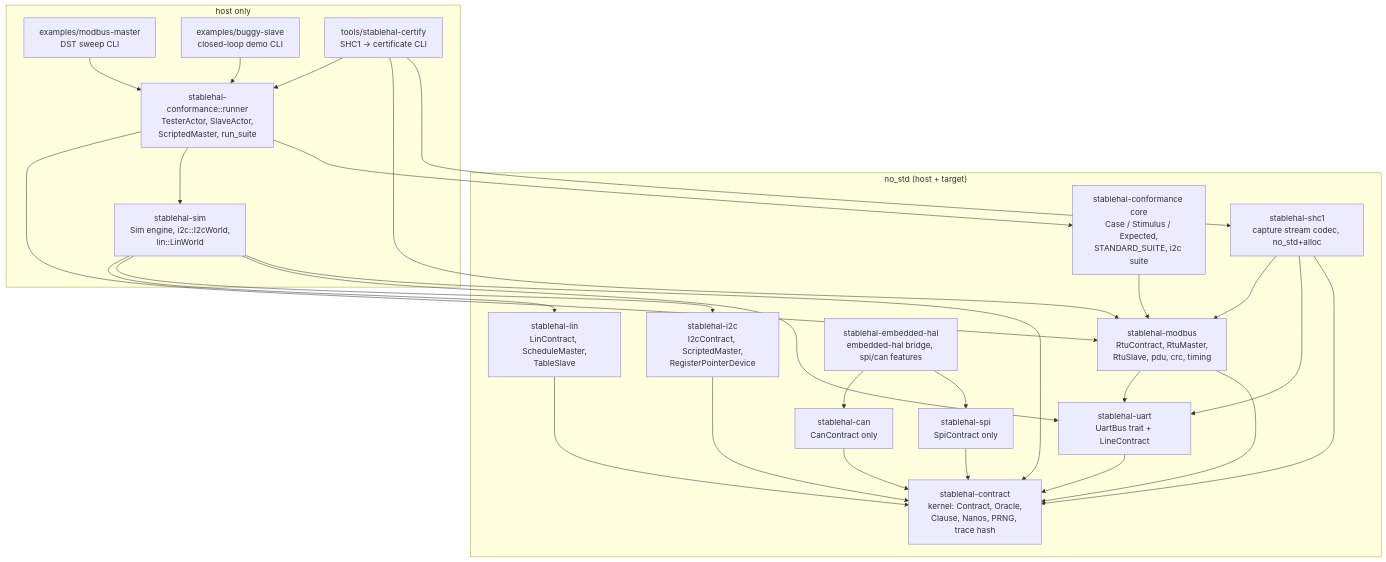
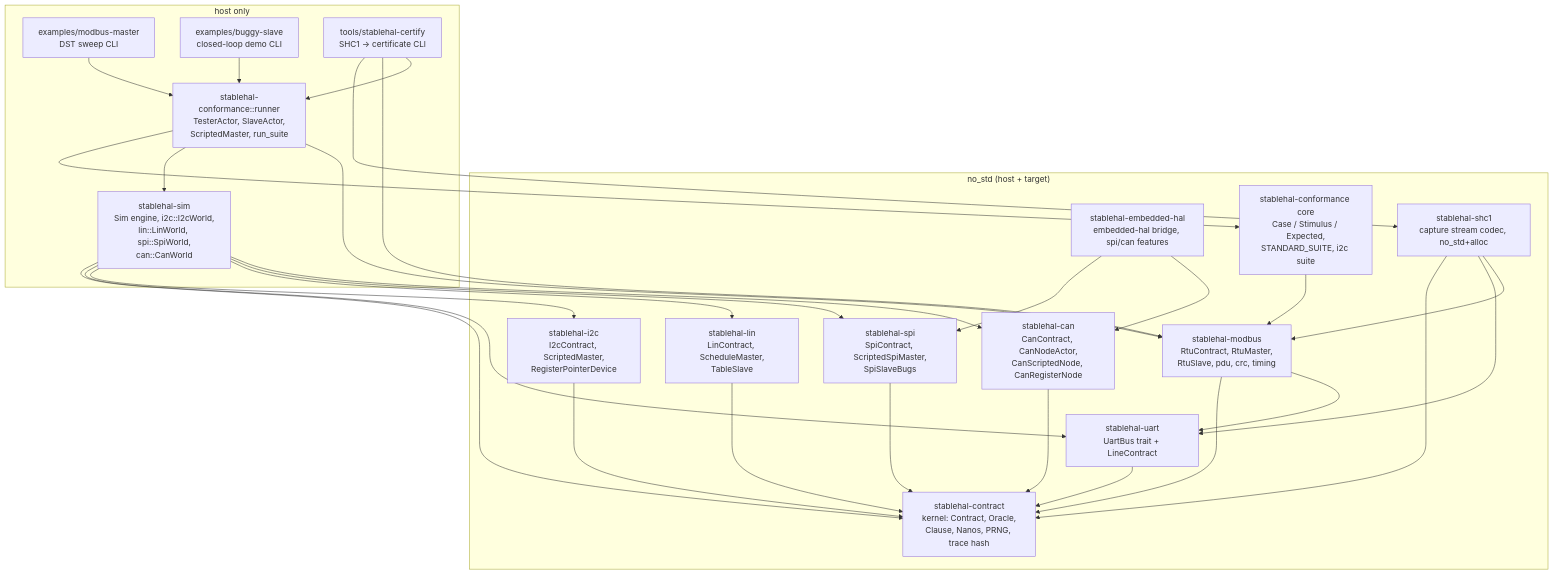
Before and after one commit to akharon/stable-hal: the second of 10 diagrams in docs/architecture.md, drawn with Mermaid. The commit also changed other lines of this file and 68 other files, not shown here.

````diff
--- a/docs/architecture.md
+++ b/docs/architecture.md
@@ -124,47 +133,49 @@
 ```mermaid
 flowchart TD
     subgraph no_std["no_std (host + target)"]
         CONTRACT[stablehal-contract<br>kernel: Contract, Oracle,<br>Clause, Nanos, PRNG, trace hash]
         UART[stablehal-uart<br>UartBus trait + LineContract]
         MODBUS[stablehal-modbus<br>RtuContract, RtuMaster,<br>RtuSlave, pdu, crc, timing]
         I2C[stablehal-i2c<br>I2cContract, ScriptedMaster,<br>RegisterPointerDevice]
         LIN[stablehal-lin<br>LinContract, ScheduleMaster,<br>TableSlave]
-        SPI[stablehal-spi<br>SpiContract only]
-        CAN[stablehal-can<br>CanContract only]
+        SPI[stablehal-spi<br>SpiContract, ScriptedSpiMaster,<br>SpiSlaveBugs]
+        CAN[stablehal-can<br>CanContract, CanNodeActor,<br>CanScriptedNode, CanRegisterNode]
         EHAL[stablehal-embedded-hal<br>embedded-hal bridge, spi/can features]
         SHC1[stablehal-shc1<br>capture stream codec, no_std+alloc]
         CONFCORE[stablehal-conformance core<br>Case / Stimulus / Expected,<br>STANDARD_SUITE, i2c suite]
     end
     subgraph host["host only"]
-        SIM[stablehal-sim<br>Sim engine, i2c::I2cWorld,<br>lin::LinWorld]
+        SIM[stablehal-sim<br>Sim engine, i2c::I2cWorld,<br>lin::LinWorld, spi::SpiWorld,<br>can::CanWorld]
         RUNNER[stablehal-conformance::runner<br>TesterActor, SlaveActor,<br>ScriptedMaster, run_suite]
         EX1[examples/modbus-master<br>DST sweep CLI]
         EX2[examples/buggy-slave<br>closed-loop demo CLI]
         CERTIFY[tools/stablehal-certify<br>SHC1 -> certificate CLI]
     end
     UART --> CONTRACT
     MODBUS --> CONTRACT
     MODBUS --> UART
     I2C --> CONTRACT
     LIN --> CONTRACT
     SPI --> CONTRACT
     CAN --> CONTRACT
     EHAL --> SPI
     EHAL --> CAN
     SHC1 --> CONTRACT
     SHC1 --> UART
     SHC1 --> MODBUS
     SIM --> CONTRACT
     SIM --> UART
     SIM --> I2C
     SIM --> LIN
+    SIM --> SPI
+    SIM --> CAN
     CONFCORE --> MODBUS
     RUNNER --> CONFCORE
     RUNNER --> SIM
     RUNNER --> MODBUS
     EX1 --> RUNNER
     EX2 --> RUNNER
     CERTIFY --> SHC1
     CERTIFY --> MODBUS
     CERTIFY --> RUNNER
 ```
````
